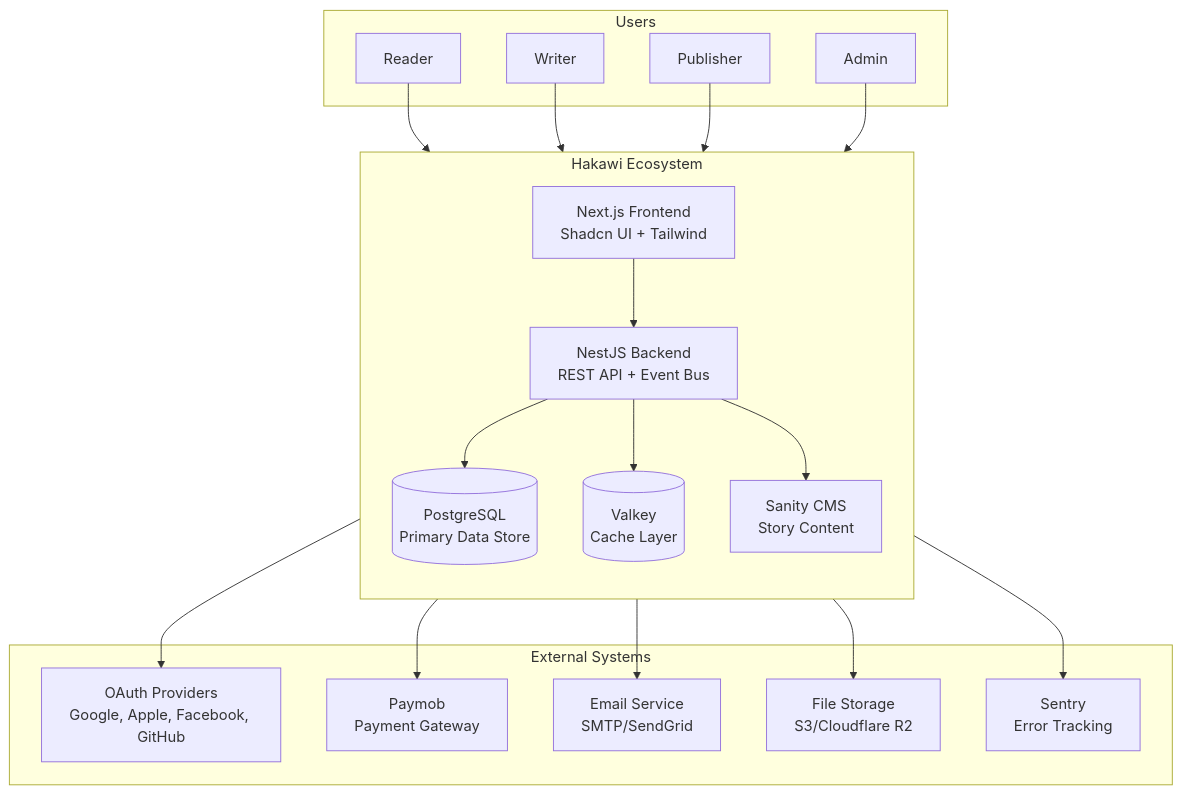
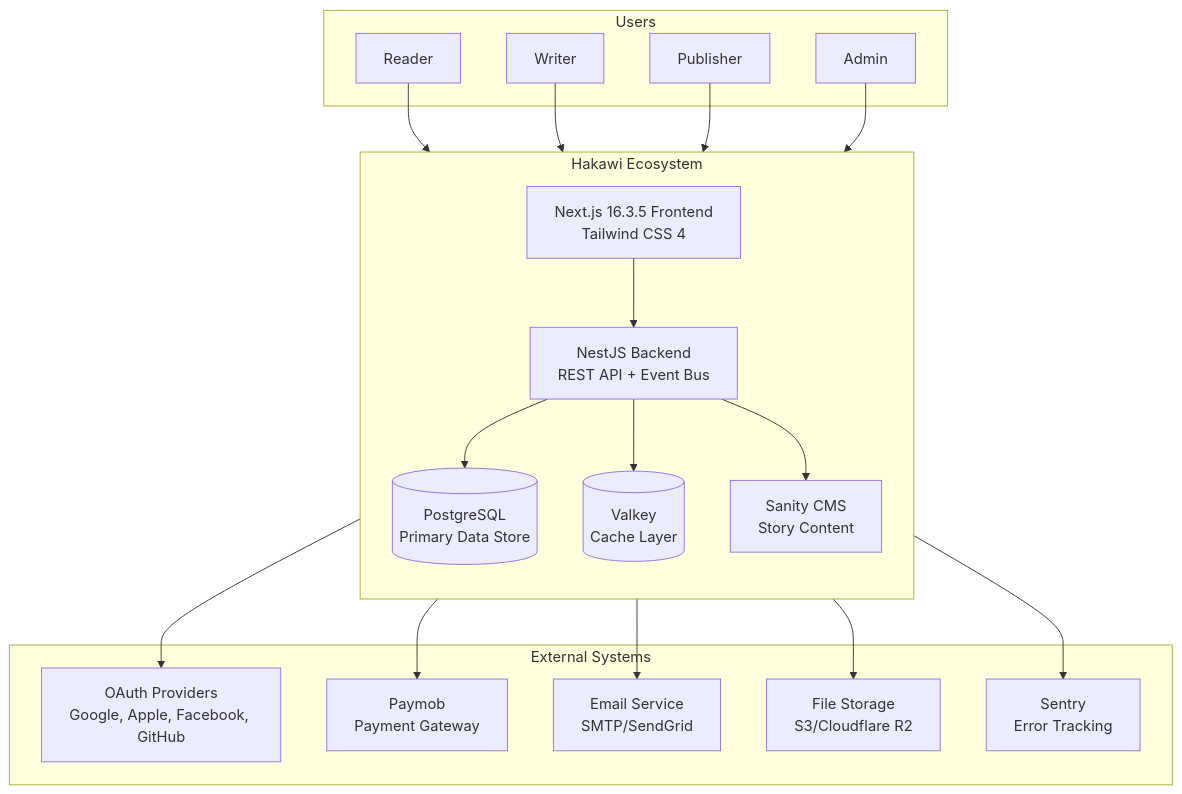
One commit to Ahmedshawky770/HAKAWI changed the diagram in docs/c4-model/context/system-context.md. Above: the diagram before and after it, drawn with Mermaid. The commit also changed 42 other files, not shown here.

````diff
--- a/docs/c4-model/context/system-context.md
+++ b/docs/c4-model/context/system-context.md
@@ -8,41 +8,41 @@
 ```mermaid
 graph TB
     subgraph "Hakawi Ecosystem"
         direction TB
-        Frontend[Next.js Frontend<br/>Shadcn UI + Tailwind]
+        Frontend[Next.js 16.3.5 Frontend<br/>Tailwind CSS 4]
         Backend[NestJS Backend<br/>REST API + Event Bus]
         Database[(PostgreSQL<br/>Primary Data Store)]
         Cache[(Valkey<br/>Cache Layer)]
         CMS[Sanity CMS<br/>Story Content]
     end
 
     subgraph "External Systems"
         Auth[OAuth Providers<br/>Google, Apple, Facebook, GitHub]
         Payment[Paymob<br/>Payment Gateway]
         Email[Email Service<br/>SMTP/SendGrid]
         Storage[File Storage<br/>S3/Cloudflare R2]
         Sentry[Sentry<br/>Error Tracking]
     end
 
     subgraph "Users"
         Reader[Reader]
         Writer[Writer]
         Publisher[Publisher]
         Admin[Admin]
     end
 
     Reader --> Frontend
     Writer --> Frontend
     Publisher --> Frontend
     Admin --> Frontend
 
     Frontend --> Backend
     Backend --> Database
     Backend --> Cache
     Backend --> CMS
     Backend --> Auth
     Backend --> Payment
     Backend --> Email
     Backend --> Storage
     Backend --> Sentry
 ```
````
